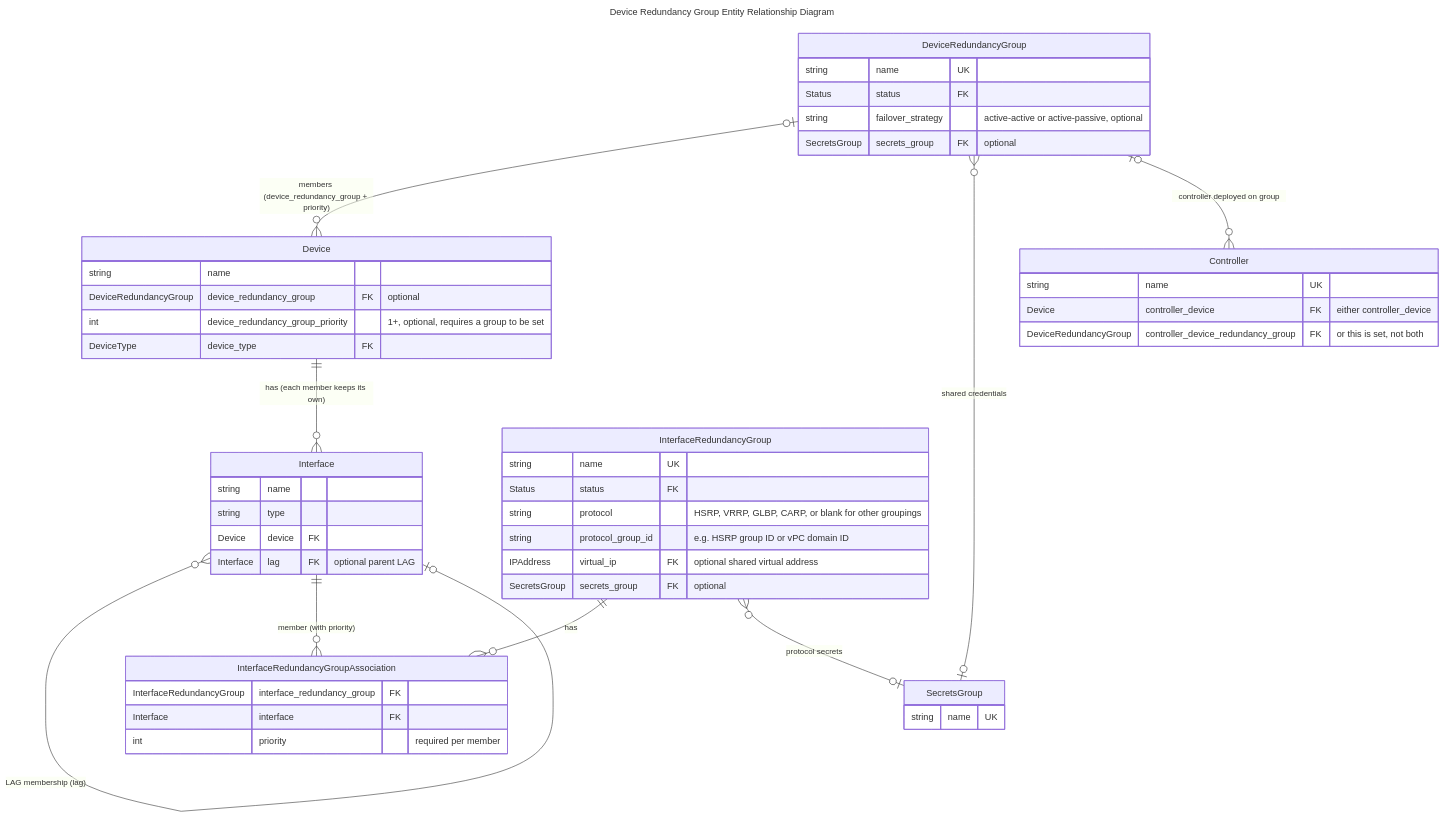
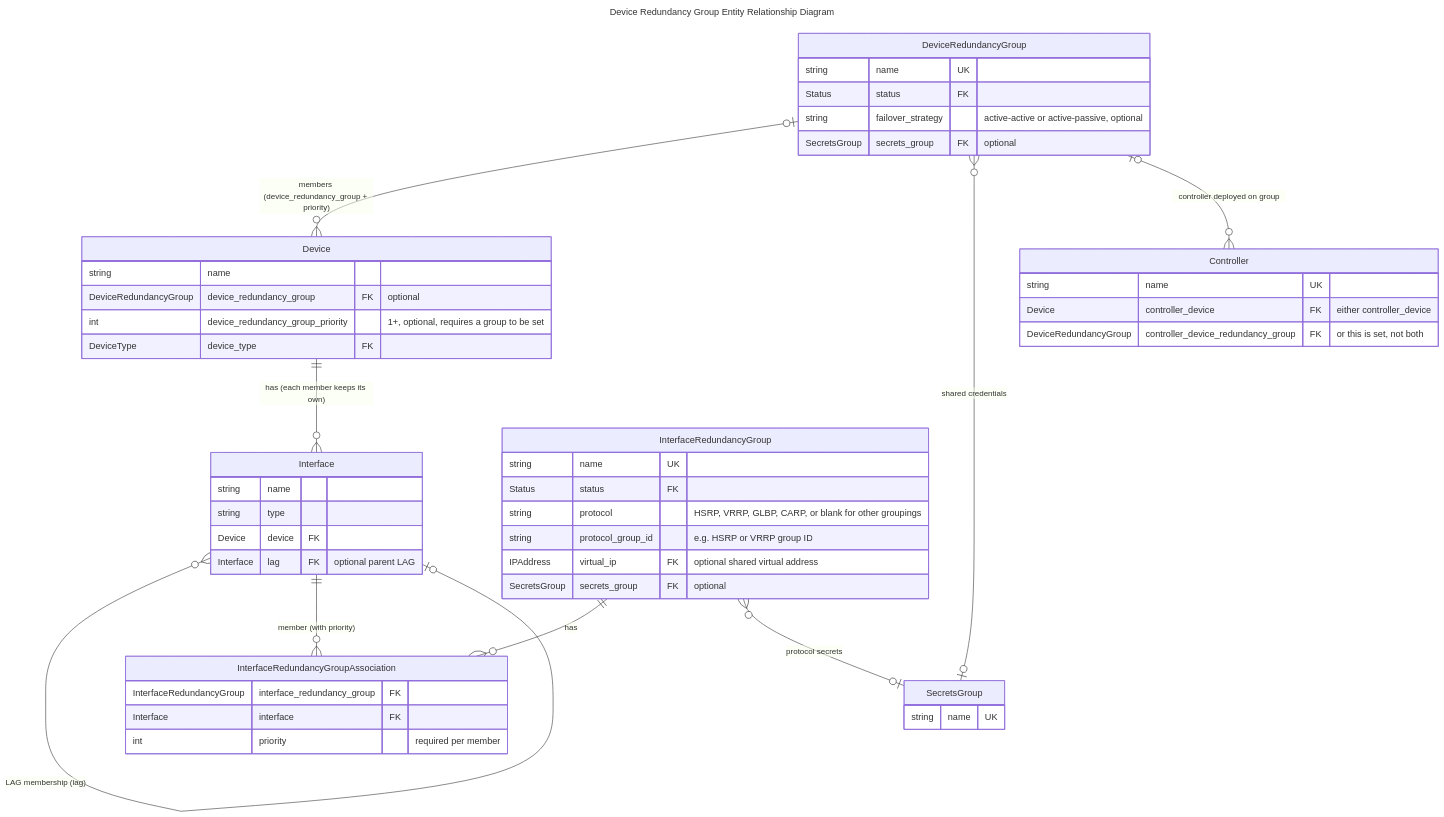
Before and after one commit to nautobot/nautobot: the diagram in nautobot/docs/user-guide/core-data-model/dcim/deviceredundancygroup.md, drawn with Mermaid. The commit also changed other lines of this file and 3 other files, not shown here.

````diff
--- a/nautobot/docs/user-guide/core-data-model/dcim/deviceredundancygroup.md
+++ b/nautobot/docs/user-guide/core-data-model/dcim/deviceredundancygroup.md
@@ -52,60 +50,60 @@
 ```mermaid
 ---
 title: Device Redundancy Group Entity Relationship Diagram
 ---
 erDiagram
     DeviceRedundancyGroup {
         string name UK
         Status status FK
         string failover_strategy "active-active or active-passive, optional"
         SecretsGroup secrets_group FK "optional"
     }
 
     Device {
         string name
         DeviceRedundancyGroup device_redundancy_group FK "optional"
         int device_redundancy_group_priority "1+, optional, requires a group to be set"
         DeviceType device_type FK
     }
 
     Interface {
         string name
         string type
         Device device FK
         Interface lag FK "optional parent LAG"
     }
 
     Controller {
         string name UK
         Device controller_device FK "either controller_device"
         DeviceRedundancyGroup controller_device_redundancy_group FK "or this is set, not both"
     }
 
     InterfaceRedundancyGroup {
         string name UK
         Status status FK
         string protocol "HSRP, VRRP, GLBP, CARP, or blank for other groupings"
-        string protocol_group_id "e.g. HSRP group ID or vPC domain ID"
+        string protocol_group_id "e.g. HSRP or VRRP group ID"
         IPAddress virtual_ip FK "optional shared virtual address"
         SecretsGroup secrets_group FK "optional"
     }
 
     InterfaceRedundancyGroupAssociation {
         InterfaceRedundancyGroup interface_redundancy_group FK
         Interface interface FK
         int priority "required per member"
     }
 
     SecretsGroup {
         string name UK
     }
 
     DeviceRedundancyGroup |o--o{ Device : "members (device_redundancy_group + priority)"
     DeviceRedundancyGroup }o--o| SecretsGroup : "shared credentials"
     DeviceRedundancyGroup |o--o{ Controller : "controller deployed on group"
     Device ||--o{ Interface : "has (each member keeps its own)"
     Interface }o--o| Interface : "LAG membership (lag)"
     InterfaceRedundancyGroup ||--o{ InterfaceRedundancyGroupAssociation : "has"
     Interface ||--o{ InterfaceRedundancyGroupAssociation : "member (with priority)"
     InterfaceRedundancyGroup }o--o| SecretsGroup : "protocol secrets"
 ```
````
